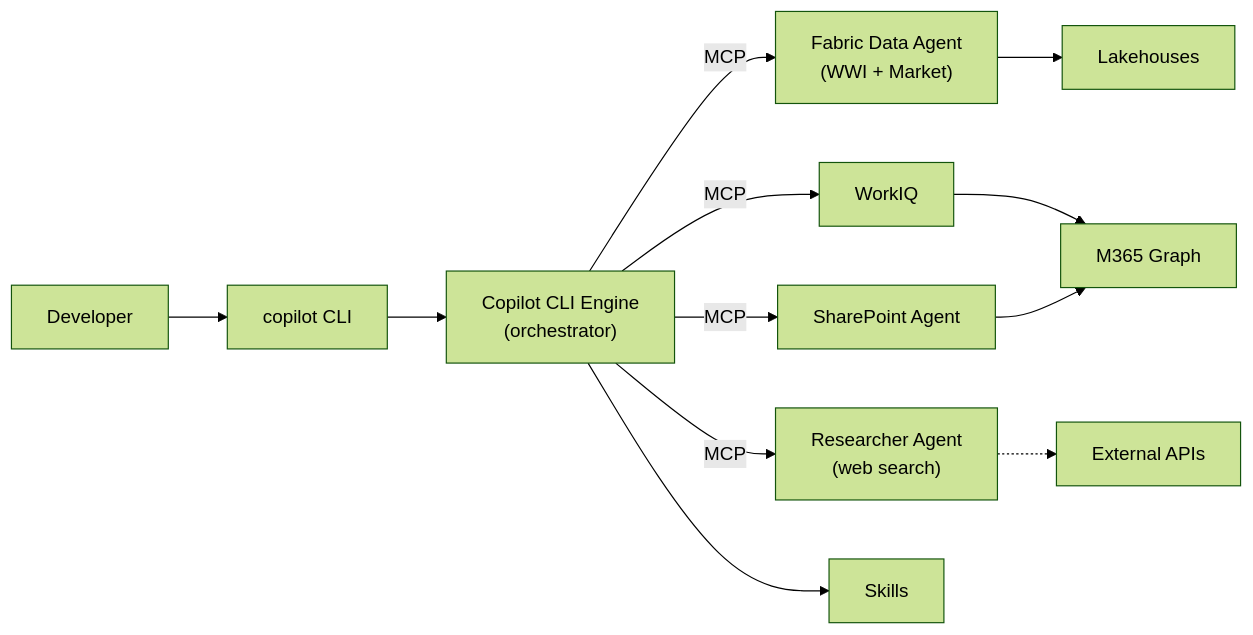
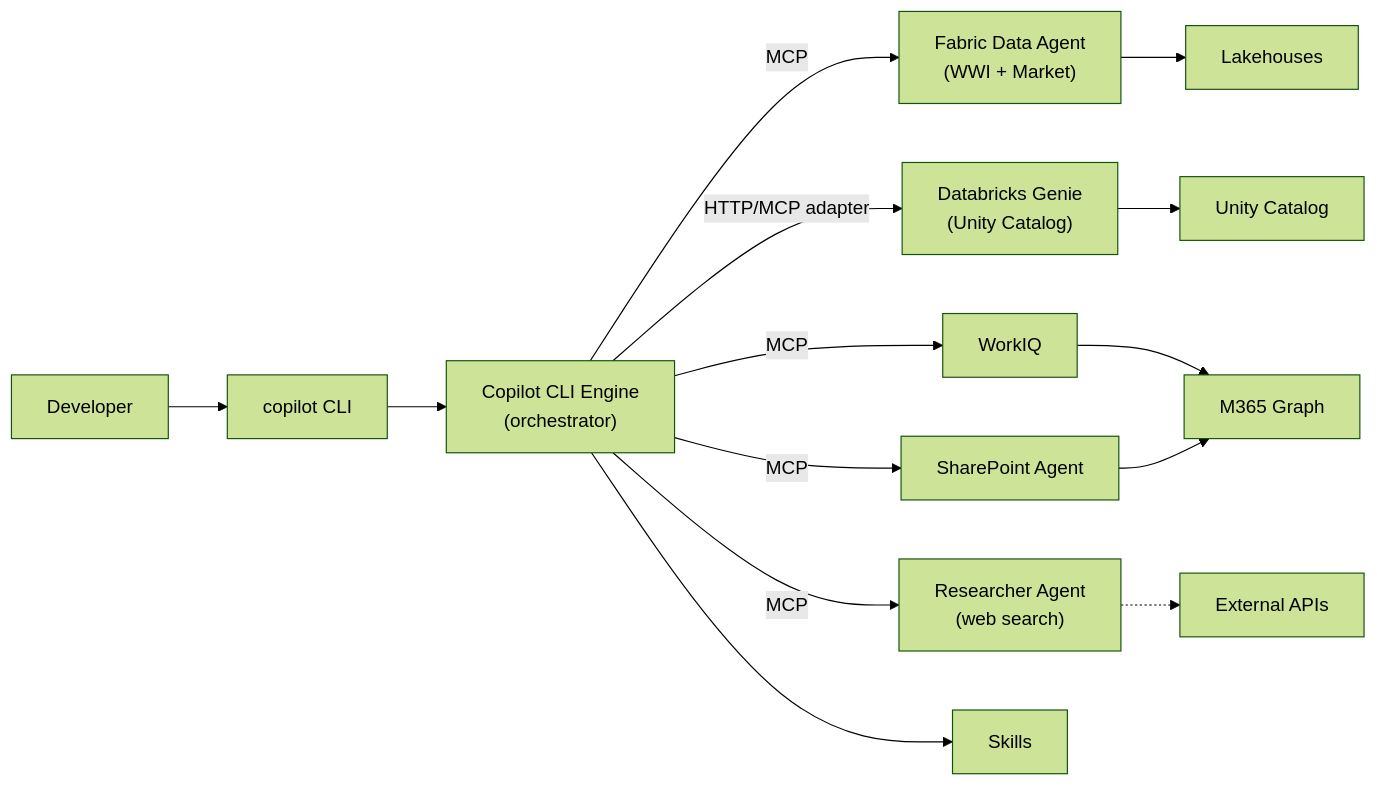
The diagram in website/docs/architecture/cli-surface.md (ericchansen/agent-demo-dev), drawn with Mermaid (forest theme) before and after one commit. The commit also changed other lines of this file and 24 other files, not shown here.

````diff
--- a/website/docs/architecture/cli-surface.md
+++ b/website/docs/architecture/cli-surface.md
@@ -12,14 +12,16 @@
 ```mermaid
 flowchart LR
     User["Developer"] --> CLI["copilot CLI"]
     CLI --> Engine["Copilot CLI Engine\n(orchestrator)"]
     Engine -->|MCP| FDA["Fabric Data Agent\n(WWI + Market)"]
+    Engine -->|HTTP/MCP adapter| DBX["Databricks Genie\n(Unity Catalog)"]
     Engine -->|MCP| WIQ["WorkIQ"]
     Engine -->|MCP| Researcher["Researcher Agent\n(web search)"]
     Engine -->|MCP| SP["SharePoint Agent"]
     Engine --> Skills["Skills"]
     FDA --> LH["Lakehouses"]
+    DBX --> UC["Unity Catalog"]
     WIQ --> Graph["M365 Graph"]
     SP --> Graph
     Researcher -.-> Web["External APIs"]
 ```
````
